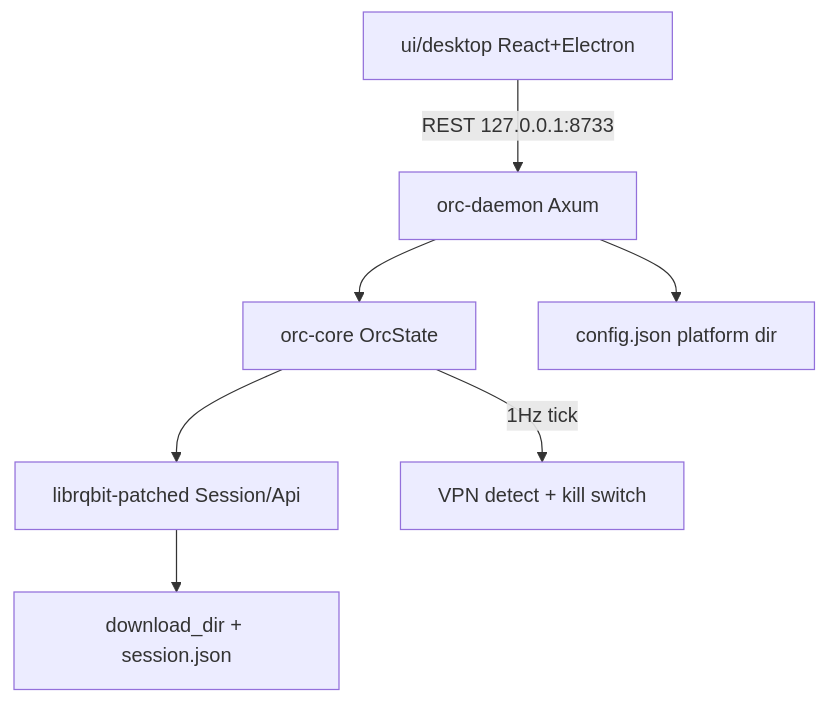
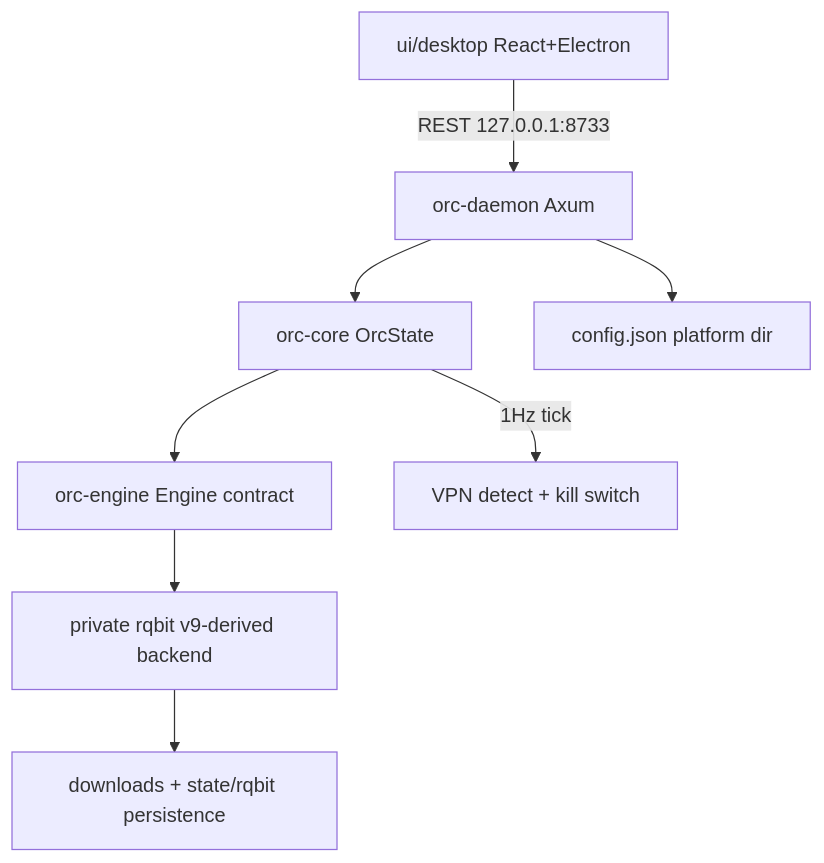
One commit to The-animus-project/Orc-Torrent changed the diagram in docs/CODEBASE_OVERVIEW.md. Above: the diagram before and after it, drawn with Mermaid. The commit also changed other lines of this file and 318 other files, not shown here.

````diff
--- a/docs/CODEBASE_OVERVIEW.md
+++ b/docs/CODEBASE_OVERVIEW.md
@@ -7,9 +7,10 @@
 ```mermaid
 flowchart TB
     ElectronUI["ui/desktop React+Electron"] -->|REST 127.0.0.1:8733| Daemon["orc-daemon Axum"]
     Daemon --> Core["orc-core OrcState"]
-    Core --> Rqbit["librqbit-patched Session/Api"]
-    Rqbit --> Disk["download_dir + session.json"]
+    Core --> Engine["orc-engine Engine contract"]
+    Engine --> Backend["private rqbit v9-derived backend"]
+    Backend --> Disk["downloads + state/rqbit persistence"]
     Daemon --> Config["config.json platform dir"]
     Core -->|1Hz tick| VPN["VPN detect + kill switch"]
 ```
````
